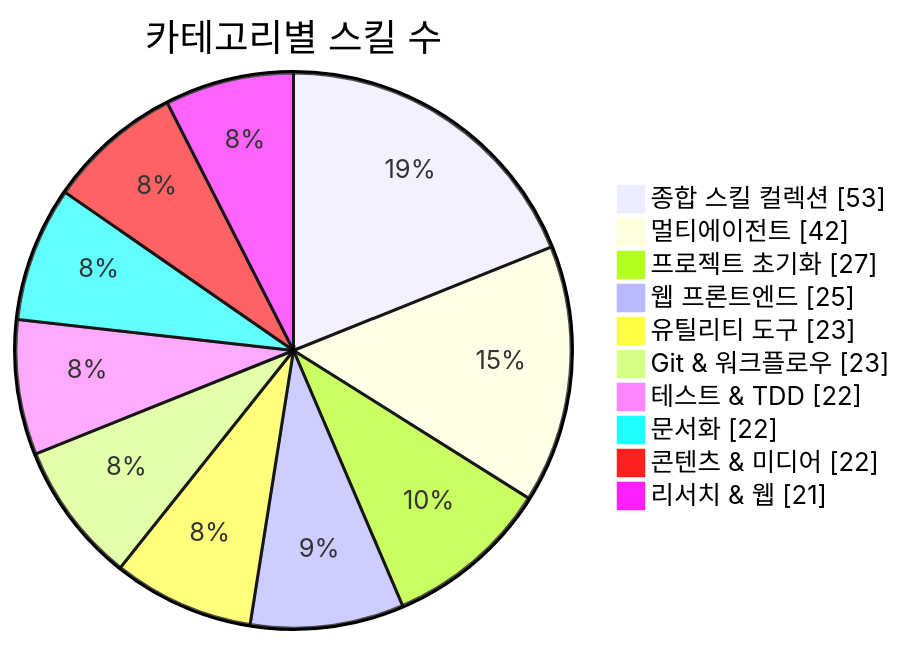
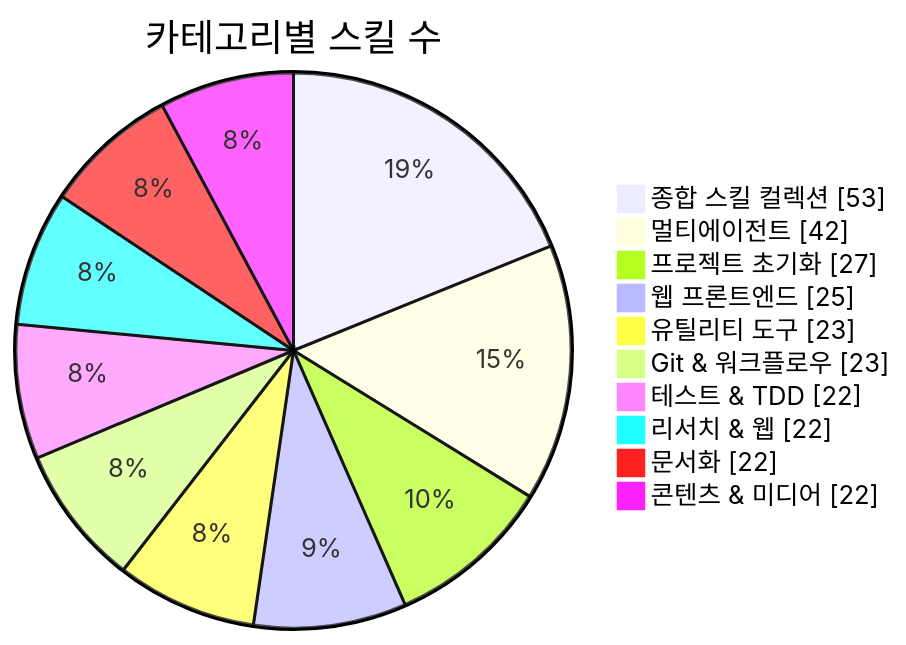
The first of 3 diagrams in README.md (J-nowcow/awesome-korean-agent-skills), drawn with Mermaid before and after one commit. The commit also changed other lines of this file and 4 other files, not shown here.

````diff
--- a/README.md
+++ b/README.md
@@ -176,14 +176,14 @@
 ```mermaid
 pie showData
     title 카테고리별 스킬 수
     "종합 스킬 컬렉션" : 53
     "멀티에이전트" : 42
     "프로젝트 초기화" : 27
     "웹 프론트엔드" : 25
     "유틸리티 도구" : 23
     "Git & 워크플로우" : 23
     "테스트 & TDD" : 22
+    "리서치 & 웹" : 22
     "문서화" : 22
     "콘텐츠 & 미디어" : 22
-    "리서치 & 웹" : 21
 ```
````
